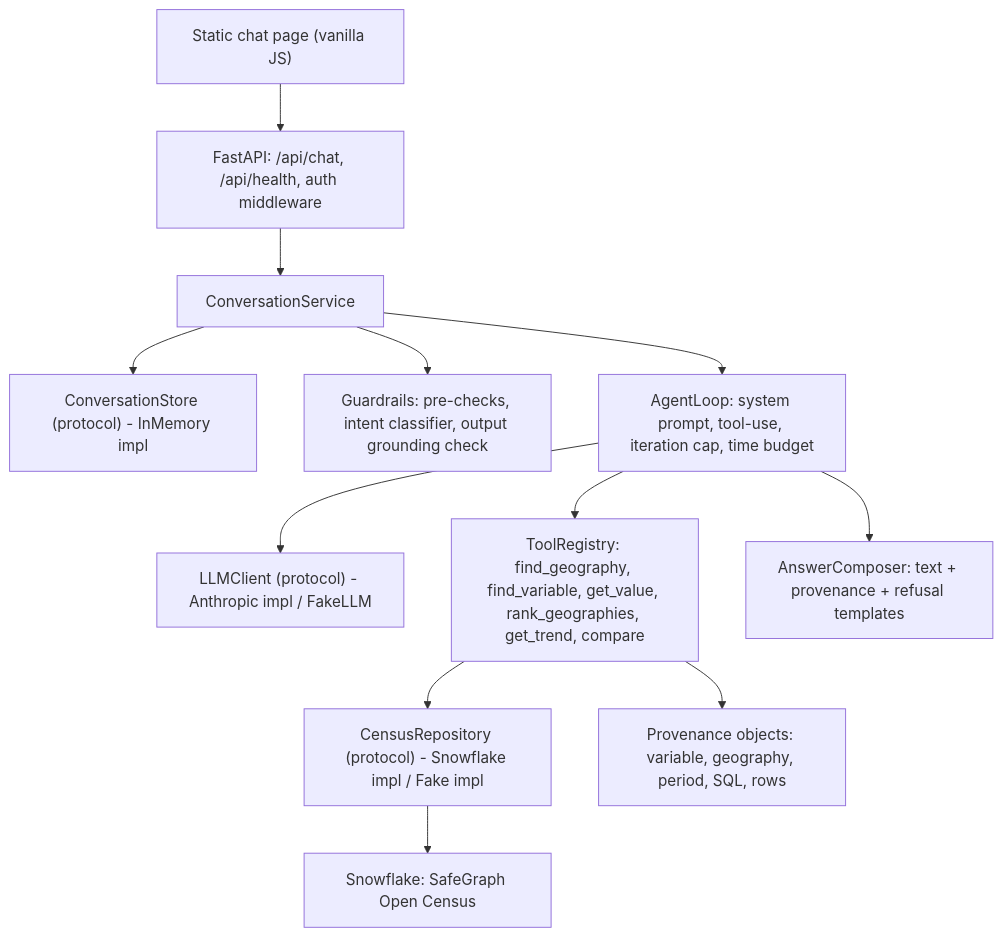
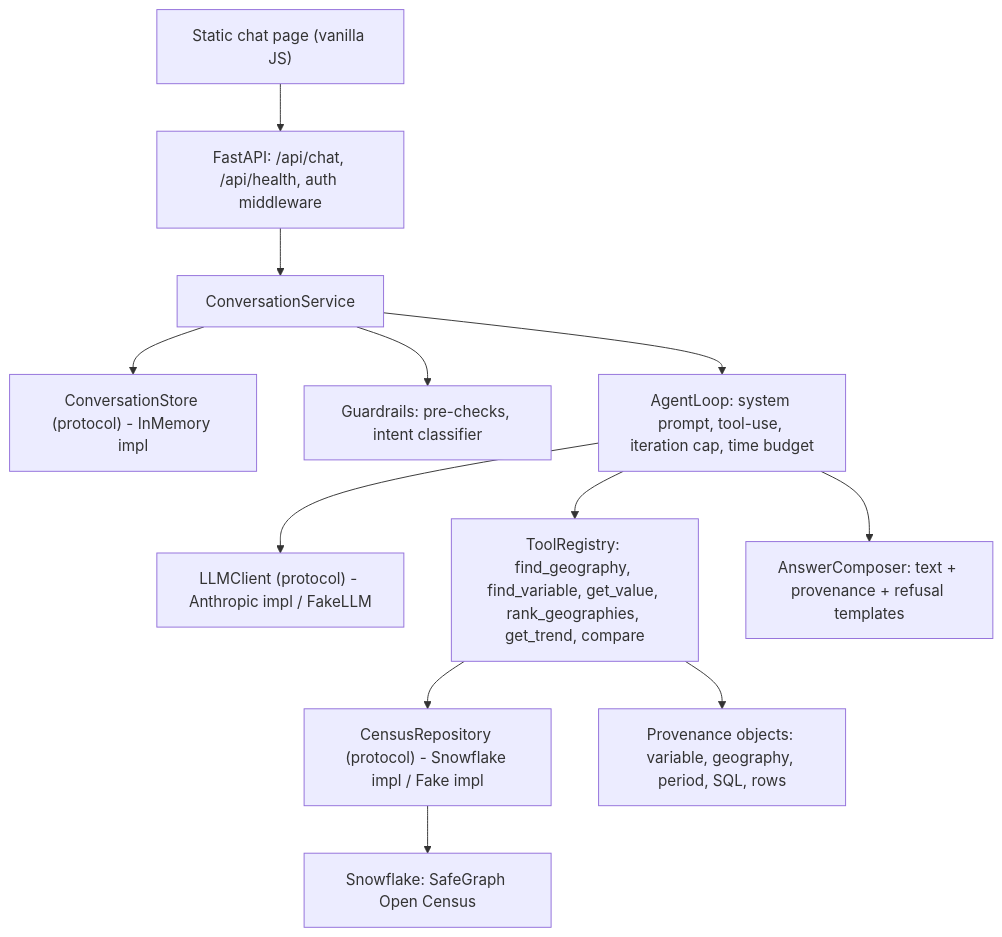
One commit to CH4LL/miniflake changed the diagram in ARCHITECTURE.md. Above: the diagram before and after it, drawn with Mermaid. The commit also changed other lines of this file and 29 other files, not shown here.

````diff
--- a/ARCHITECTURE.md
+++ b/ARCHITECTURE.md
@@ -16,14 +16,14 @@
 ```mermaid
 flowchart TB
     Browser["Static chat page (vanilla JS)"] --> API["FastAPI: /api/chat, /api/health, auth middleware"]
     API --> Conv["ConversationService"]
     Conv --> Store["ConversationStore (protocol) - InMemory impl"]
-    Conv --> Guard["Guardrails: pre-checks, intent classifier, output grounding check"]
+    Conv --> Guard["Guardrails: pre-checks, intent classifier"]
     Conv --> Agent["AgentLoop: system prompt, tool-use, iteration cap, time budget"]
     Agent --> LLM["LLMClient (protocol) - Anthropic impl / FakeLLM"]
     Agent --> Tools["ToolRegistry: find_geography, find_variable, get_value, rank_geographies, get_trend, compare"]
     Tools --> Repo["CensusRepository (protocol) - Snowflake impl / Fake impl"]
     Repo --> SF["Snowflake: SafeGraph Open Census"]
     Tools --> Prov["Provenance objects: variable, geography, period, SQL, rows"]
     Agent --> Composer["AnswerComposer: text + provenance + refusal templates"]
 ```
````
